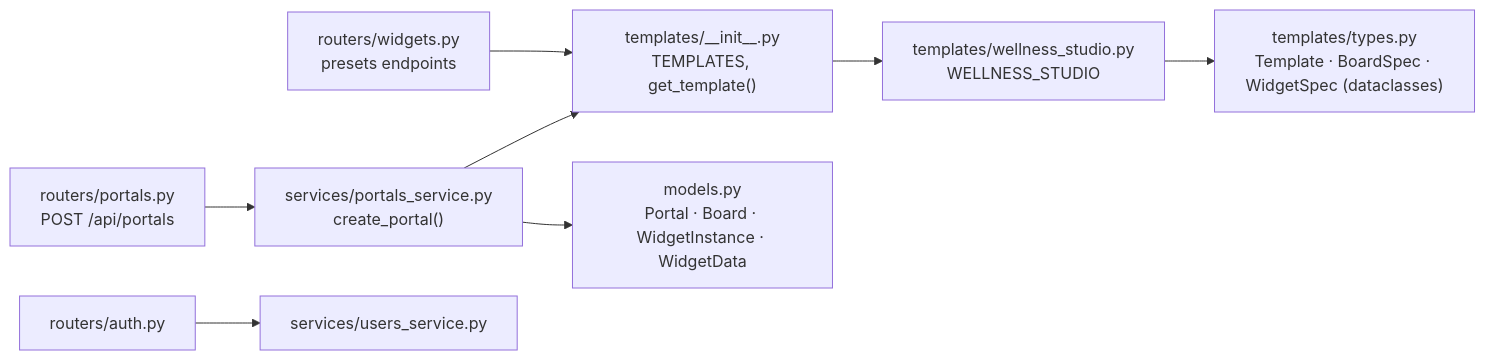
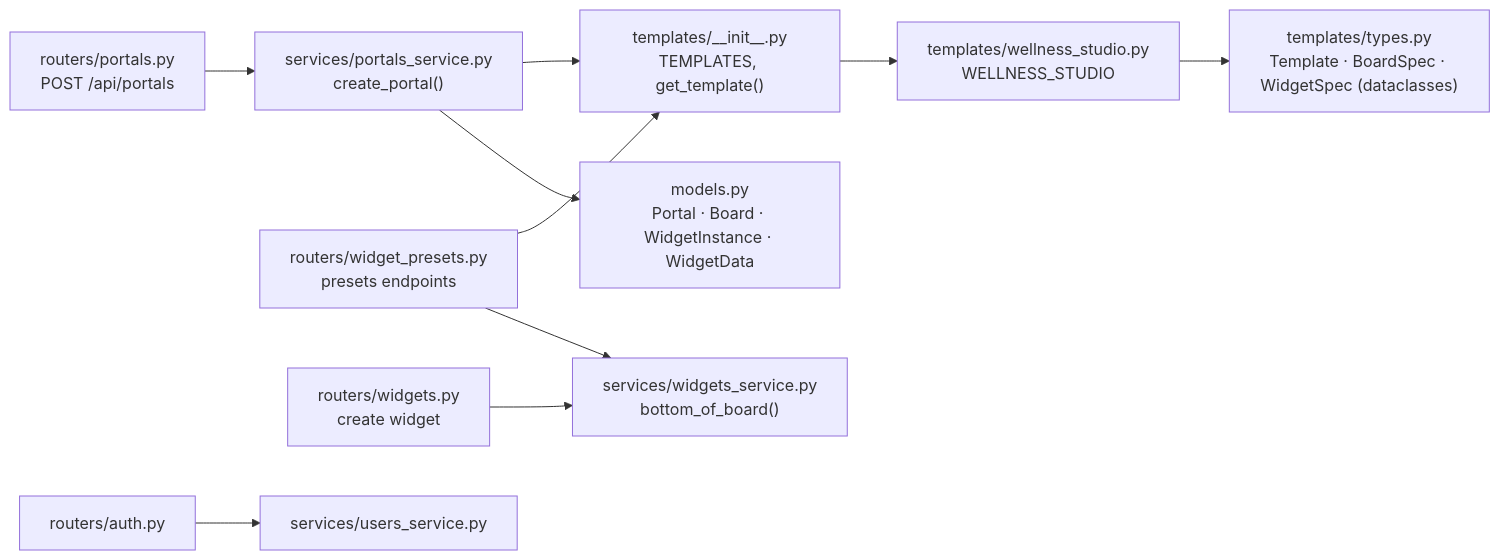
The seventh of 12 diagrams in docs/how-it-works/code-map.md (bbfrancis23/portal-boards), drawn with Mermaid before and after one commit. The commit also changed other lines of this file and 18 other files, not shown here.

````diff
--- a/docs/how-it-works/code-map.md
+++ b/docs/how-it-works/code-map.md
@@ -384,10 +387,12 @@
 ```mermaid
 flowchart LR
     PR["routers/portals.py<br/>POST /api/portals"] --> PS["services/portals_service.py<br/>create_portal()"]
-    WR["routers/widgets.py<br/>presets endpoints"] --> T
+    WR["routers/widget_presets.py<br/>presets endpoints"] --> T
+    WR --> WSv["services/widgets_service.py<br/>bottom_of_board()"]
+    W["routers/widgets.py<br/>create widget"] --> WSv
     AR["routers/auth.py"] --> US["services/users_service.py"]
     PS --> T["templates/__init__.py<br/>TEMPLATES, get_template()"]
     T --> WS["templates/wellness_studio.py<br/>WELLNESS_STUDIO"]
     WS --> Types["templates/types.py<br/>Template · BoardSpec · WidgetSpec (dataclasses)"]
     PS --> M["models.py<br/>Portal · Board · WidgetInstance · WidgetData"]
 ```
````
